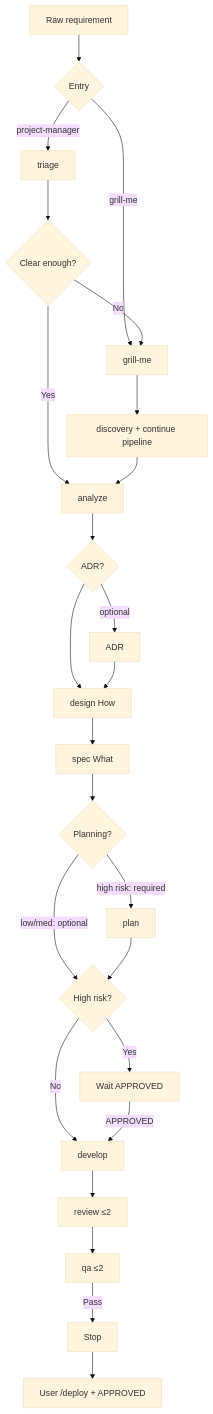
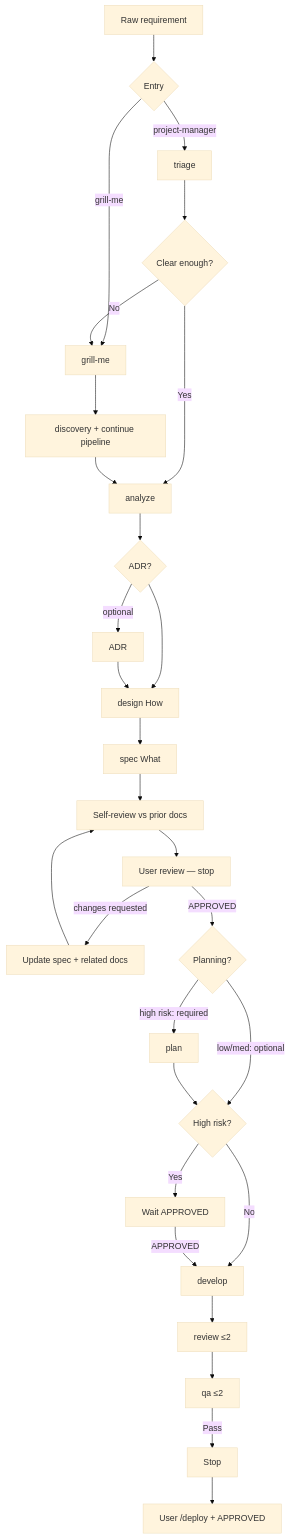
Before and after one commit to AI-Deep-Labs/3A-Factory: the diagram in templates/WORKFLOW.md, drawn with Mermaid (base theme). The commit also changed other lines of this file and 11 other files, not shown here.

Commit message:
improve workflow: please approved spec to continue

````diff
--- a/templates/WORKFLOW.md
+++ b/templates/WORKFLOW.md
@@ -4,27 +4,31 @@
 ```mermaid
 flowchart TD
   R[Raw requirement] --> E{Entry}
   E -->|project-manager| I[triage]
   E -->|grill-me| G[grill-me]
   I --> V{Clear enough?}
   V -->|No| G
   V -->|Yes| A[analyze]
   G --> D[discovery + continue pipeline]
   D --> A
   A --> ADR{ADR?}
   ADR -->|optional| AD[ADR]
   ADR --> DES[design How]
   AD --> DES
   DES --> S[spec What]
-  S --> P{Planning?}
+  S --> SR[Self-review vs prior docs]
+  SR --> UR[User review — stop]
+  UR -->|changes requested| FIX[Update spec + related docs]
+  FIX --> SR
+  UR -->|APPROVED| P{Planning?}
   P -->|high risk: required| PL[plan]
   P -->|low/med: optional| CG{High risk?}
   PL --> CG
   CG -->|Yes| AP[Wait APPROVED]
   CG -->|No| C[develop]
   AP -->|APPROVED| C
   C --> Vw[review ≤2]
   Vw --> Q[qa ≤2]
   Q -->|Pass| Stop[Stop]
   Stop --> Dep[User /deploy + APPROVED]
 ```
````
